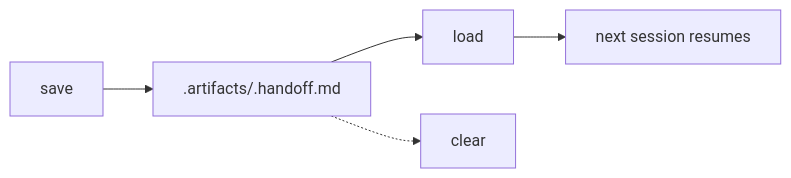
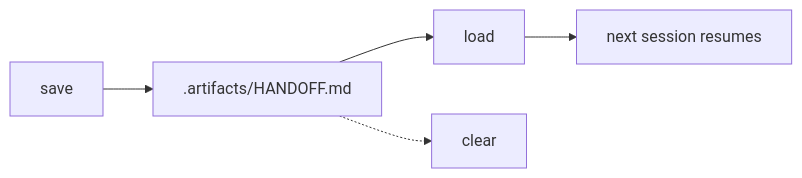
Before and after one commit to adeonir/agent-skills: the diagram in skills/personal/handoff/README.md, drawn with Mermaid. The commit also changed other lines of this file and 4 other files, not shown here.

First line of the commit message:
refactor(handoff): rename artifact to .artifacts/HANDOFF.md

````diff
--- a/skills/personal/handoff/README.md
+++ b/skills/personal/handoff/README.md
@@ -7,7 +7,7 @@
 ```mermaid
 flowchart LR
-    A[save] --> B[.artifacts/.handoff.md]
+    A[save] --> B[.artifacts/HANDOFF.md]
     B --> C[load]
     C --> D[next session resumes]
     B -.-> E[clear]
 ```
````
